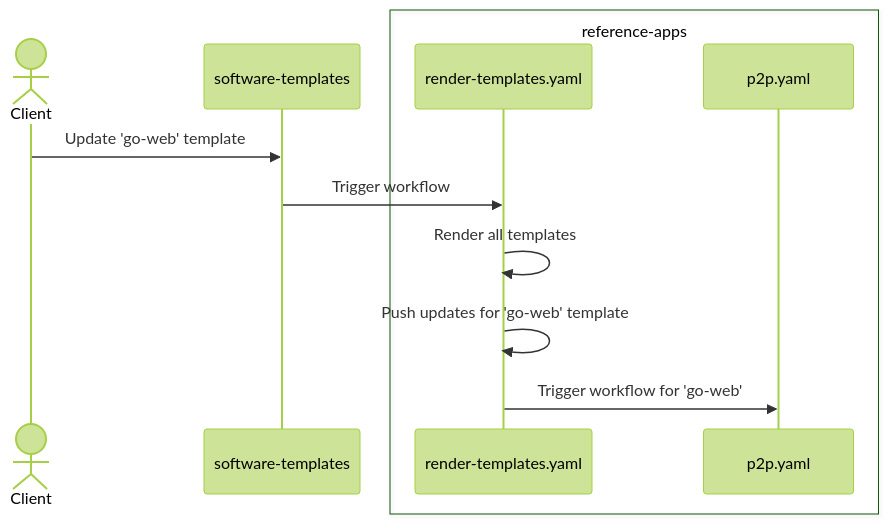
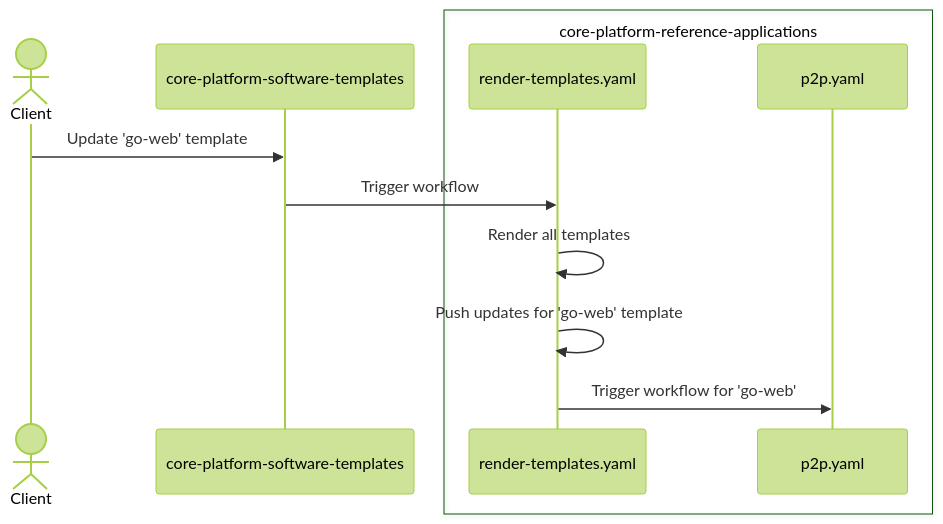
The diagram in README.md (coreeng/core-platform-reference-applications), drawn with Mermaid (forest theme) before and after one commit. The commit also changed other lines of this file and 1 other file, not shown here.

Commit message:
feature: Update url to templates after renaming

````diff
--- a/README.md
+++ b/README.md
@@ -7,16 +7,16 @@
 ```mermaid
 sequenceDiagram
     actor C as Client
-    participant ST as software-templates
-    box reference-apps
+    participant ST as core-platform-software-templates
+    box core-platform-reference-applications
       participant RT as render-templates.yaml
       participant P2P as p2p.yaml
     end
     
     C ->> ST: Update 'go-web' template
     
     ST ->> RT: Trigger workflow
     RT ->> RT: Render all templates
     RT ->> RT: Push updates for 'go-web' template
     RT ->> P2P: Trigger workflow  for 'go-web'
 ```
````
